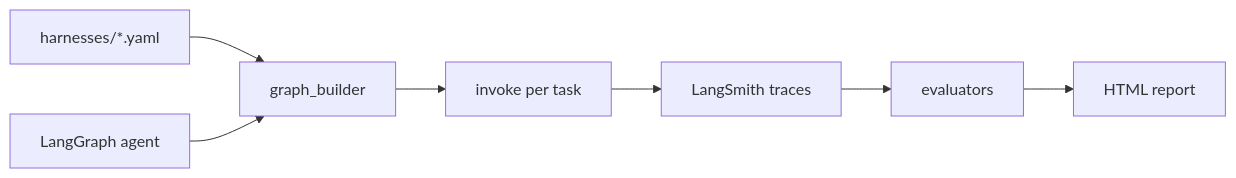
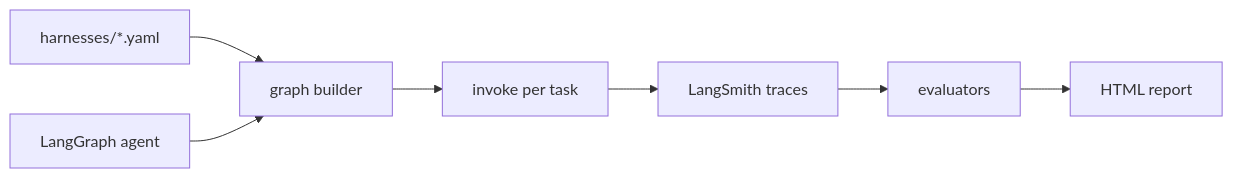
The first of 6 diagrams in README.md (HOSH19/HarnessLab), drawn with Mermaid before and after one commit. The commit also changed other lines of this file and 11 other files, not shown here.

````diff
--- a/README.md
+++ b/README.md
@@ -10,9 +13,9 @@
 ```mermaid
 flowchart LR
-    YAML[harnesses/*.yaml] --> Builder[graph_builder]
+    YAML[harnesses/*.yaml] --> Builder[graph builder]
     Graph[LangGraph agent] --> Builder
     Builder --> Run[invoke per task]
     Run --> LS[LangSmith traces]
     LS --> Eval[evaluators]
     Eval --> Report[HTML report]
 ```
````
